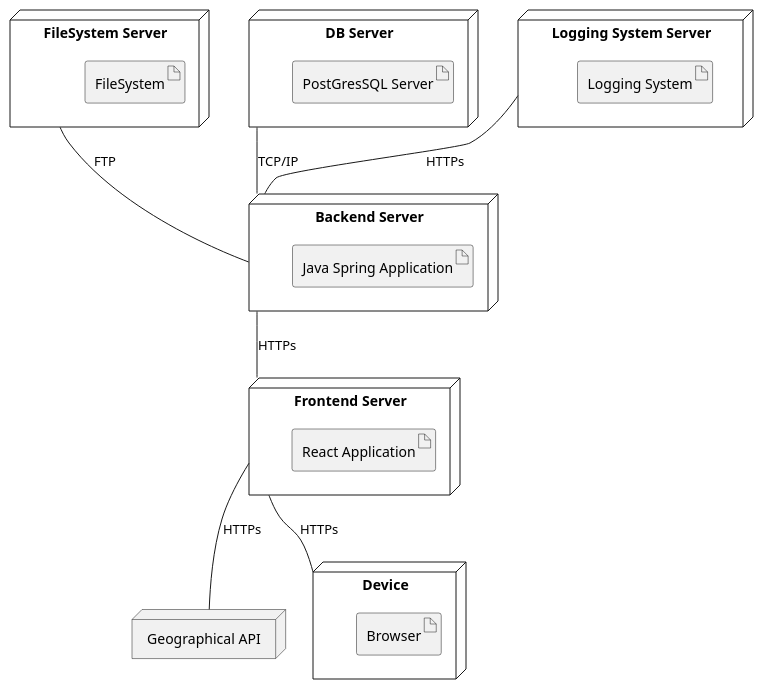
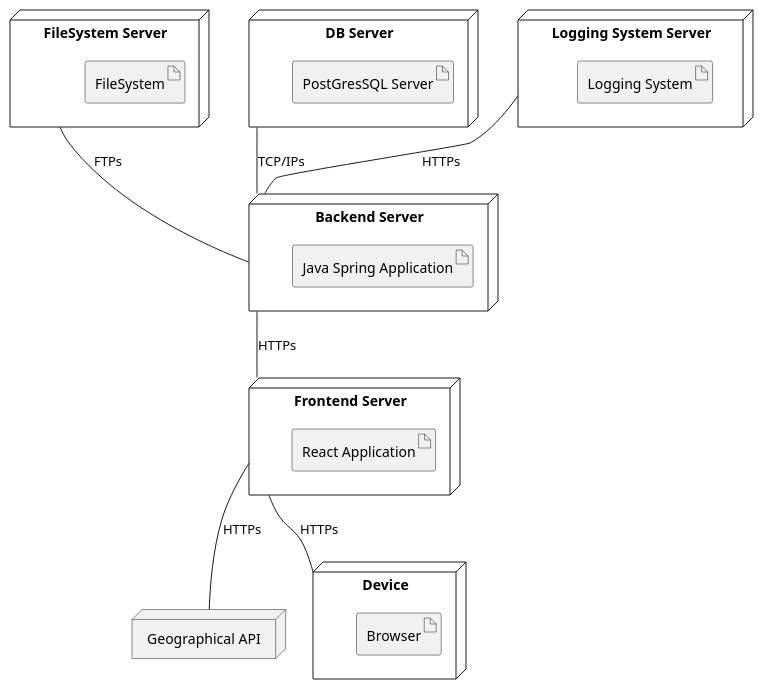
One commit to RafaelFaisca32/desofs2024_M1C_3 changed the diagram in Deliverables/Documentation/Design/DeploymentDiagram/deploymentDiagram.puml. Above: the diagram before and after it, drawn with PlantUML. The commit also changed 4 other files, not shown here.

Commit message:
#6 Sprint 1 used Deployment Diagram

```diff
--- a/Deliverables/Documentation/Design/DeploymentDiagram/deploymentDiagram.puml
+++ b/Deliverables/Documentation/Design/DeploymentDiagram/deploymentDiagram.puml
@@ -1,35 +1,35 @@
 @startuml deployment
 
 node "Frontend Server" as fs{
     artifact "React Application"
 }
 
 node "Device" as user {
     artifact "Browser" as bw
 }
 
 node "FileSystem Server" as fServer{
     artifact "FileSystem" as fileSystem
 }
 
 node "Backend Server" as backend{
     artifact "Java Spring Application"
 }
 
 node "DB Server" as db {
     artifact "PostGresSQL Server" as PSQL
 }
 node "Geographical API" as gm
 
 node "Logging System Server" as lss {
     artifact "Logging System" as ls
 }
 
-fServer -- backend : "FTP"
+fServer -- backend : "FTPs"
 fs -- user : "HTTPs"
 fs -- gm : "HTTPs"
 backend -- fs : "HTTPs"
-db -- backend : "TCP/IP"
+db -- backend : "TCP/IPs"
 lss -- backend : "HTTPs"
 
 @enduml
```
